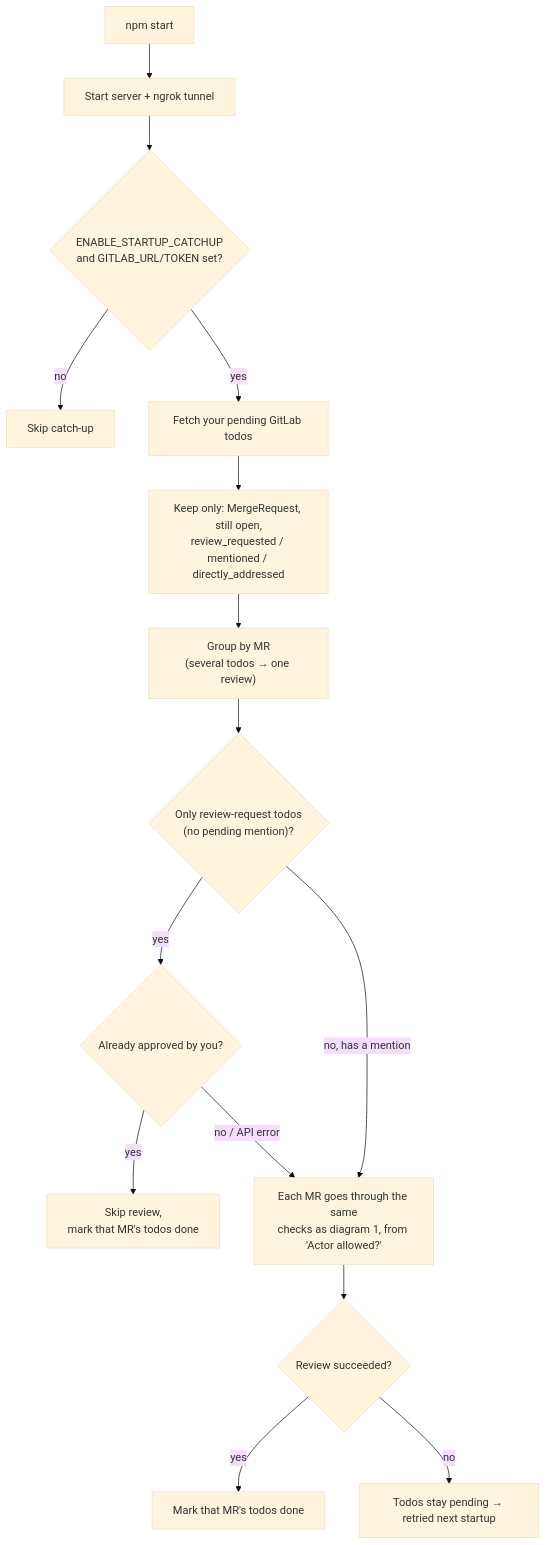
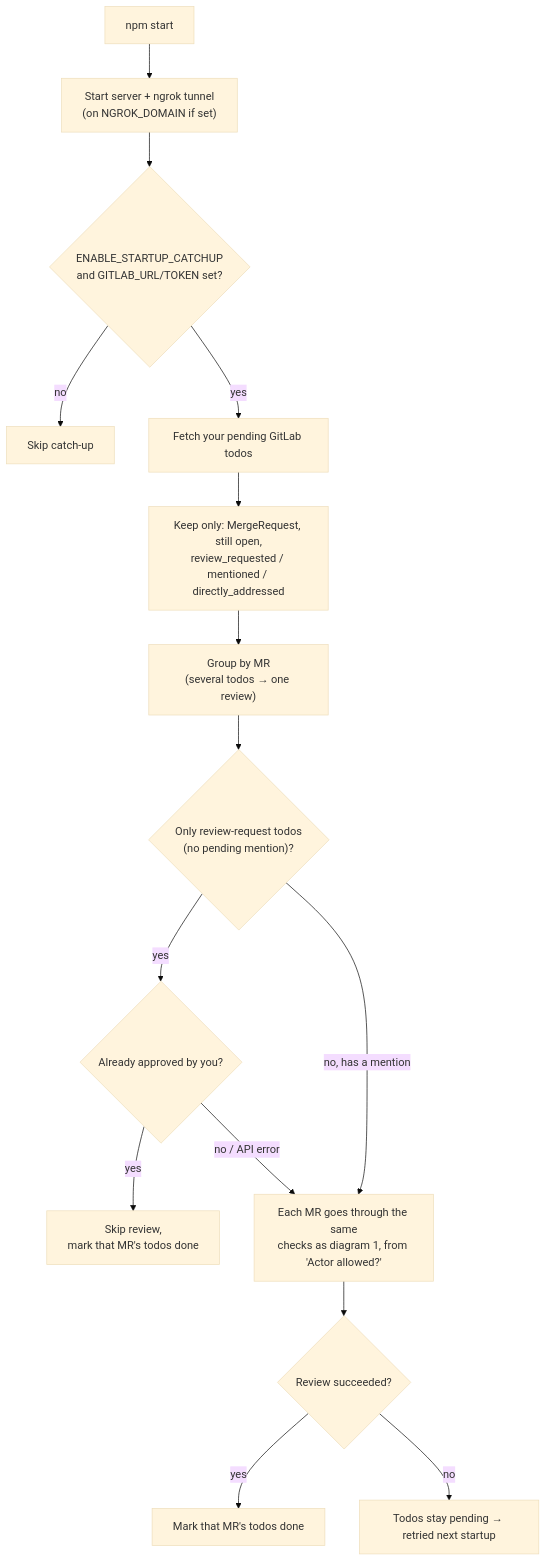
Before and after one commit to tinoimammp/gitlab-auto-reviewer: the third of 3 diagrams in README.md, drawn with Mermaid (base theme). The commit also changed other lines of this file and 4 other files, not shown here.

First line of the commit message:
feat: support a static ngrok domain via NGROK_DOMAIN

````diff
--- a/README.md
+++ b/README.md
@@ -121,18 +121,18 @@
 ```mermaid
 flowchart TD
-    A["npm start"] --> B["Start server + ngrok tunnel"]
+    A["npm start"] --> B["Start server + ngrok tunnel<br/>(on NGROK_DOMAIN if set)"]
     B --> C{"ENABLE_STARTUP_CATCHUP<br/>and GITLAB_URL/TOKEN set?"}
     C -- no --> C1["Skip catch-up"]
     C -- yes --> D["Fetch your pending GitLab todos"]
     D --> E["Keep only: MergeRequest, still open,<br/>review_requested / mentioned / directly_addressed"]
     E --> F["Group by MR<br/>(several todos → one review)"]
     F --> F1{"Only review-request todos<br/>(no pending mention)?"}
     F1 -- yes --> F2{"Already approved by you?"}
     F2 -- yes --> F3["Skip review,<br/>mark that MR's todos done"]
     F2 -- "no / API error" --> G
     F1 -- "no, has a mention" --> G
     G["Each MR goes through the same<br/>checks as diagram 1, from 'Actor allowed?'"]
     G --> H{"Review succeeded?"}
     H -- yes --> I["Mark that MR's todos done"]
     H -- no --> J["Todos stay pending → retried next startup"]
 ```
````
